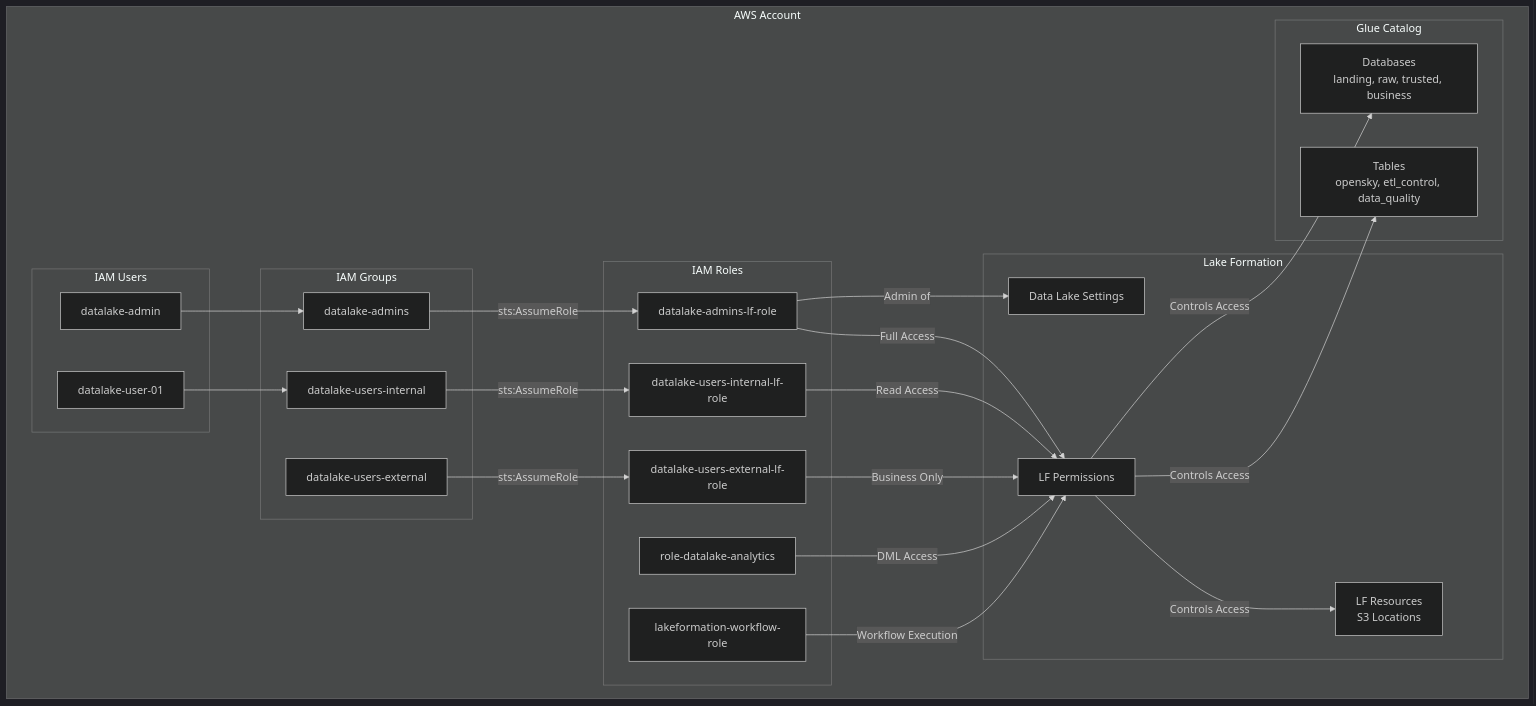
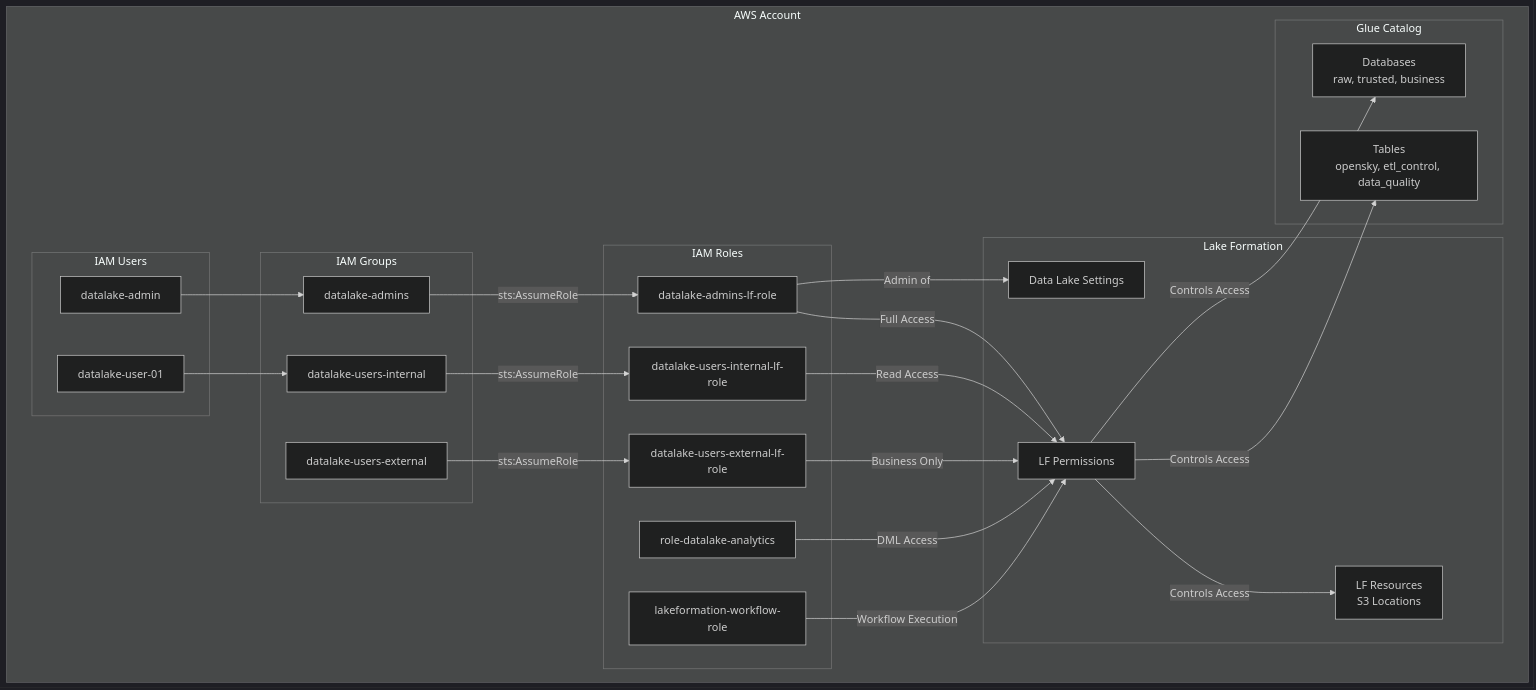
Before and after one commit to jamilvilela/aws-data-lakehouse: the fourth of 4 diagrams in docs/sdd/architecture.md, drawn with Mermaid (dark theme). The commit also changed other lines of this file and 19 other files, not shown here.

````diff
--- a/docs/sdd/architecture.md
+++ b/docs/sdd/architecture.md
@@ -146,53 +146,53 @@
 ```mermaid
 graph TD
     subgraph "AWS Account"
         subgraph "IAM Users"
             Admin[datalake-admin]
             User1[datalake-user-01]
         end
 
         subgraph "IAM Groups"
             GAdmin[datalake-admins]
             GInternal[datalake-users-internal]
             GExternal[datalake-users-external]
         end
 
         subgraph "IAM Roles"
             RAdmin[datalake-admins-lf-role]
             RInternal[datalake-users-internal-lf-role]
             RExternal[datalake-users-external-lf-role]
             RWorkflow[lakeformation-workflow-role]
             RService[role-datalake-analytics]
         end
 
         subgraph "Lake Formation"
             LFSettings[Data Lake Settings]
             LFPerms[LF Permissions]
             LFResources[LF Resources<br/>S3 Locations]
         end
 
         subgraph "Glue Catalog"
-            GLDB[Databases<br/>landing, raw, trusted, business]
+            GLDB[Databases<br/>raw, trusted, business]
             GLTables[Tables<br/>opensky, etl_control, data_quality]
         end
 
         Admin --> GAdmin
         User1 --> GInternal
         
         GAdmin -->|sts:AssumeRole| RAdmin
         GInternal -->|sts:AssumeRole| RInternal
         GExternal -->|sts:AssumeRole| RExternal
 
         RAdmin -->|Admin of| LFSettings
         RAdmin -->|Full Access| LFPerms
         RInternal -->|Read Access| LFPerms
         RExternal -->|Business Only| LFPerms
         
         RService -->|DML Access| LFPerms
         RWorkflow -->|Workflow Execution| LFPerms
 
         LFPerms -->|Controls Access| LFResources
         LFPerms -->|Controls Access| GLDB
         LFPerms -->|Controls Access| GLTables
     end
 ```
````
